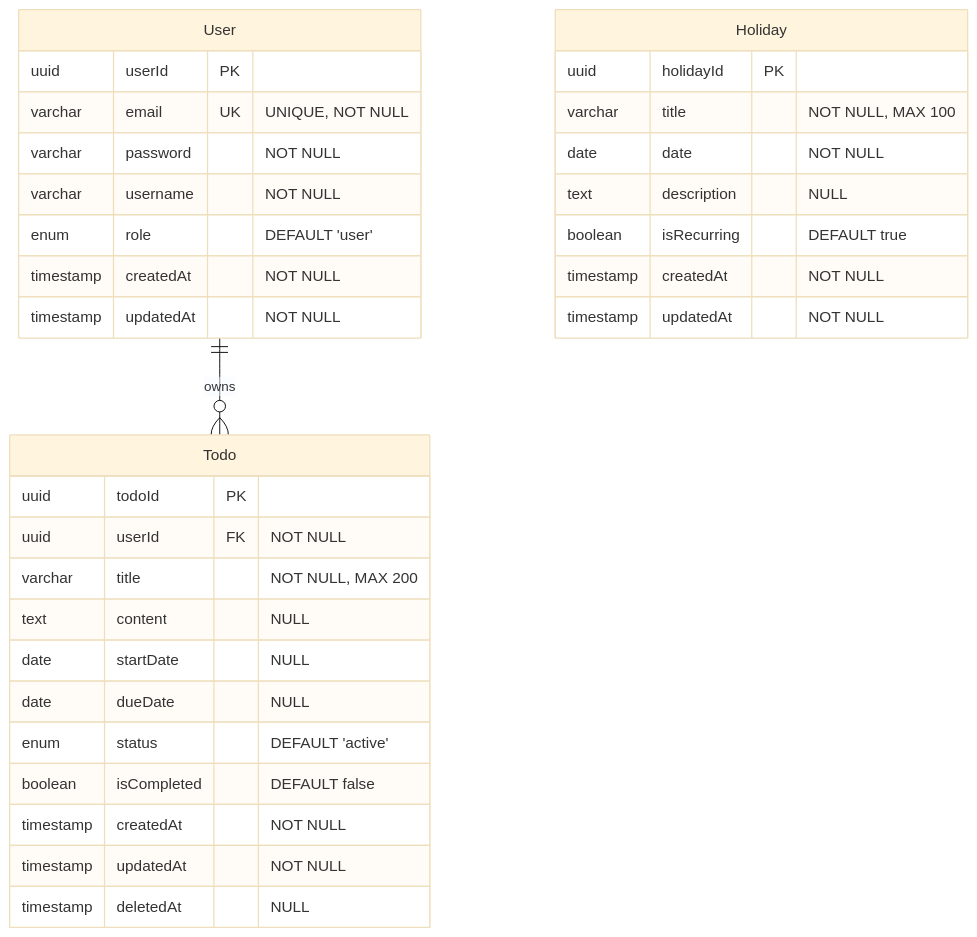
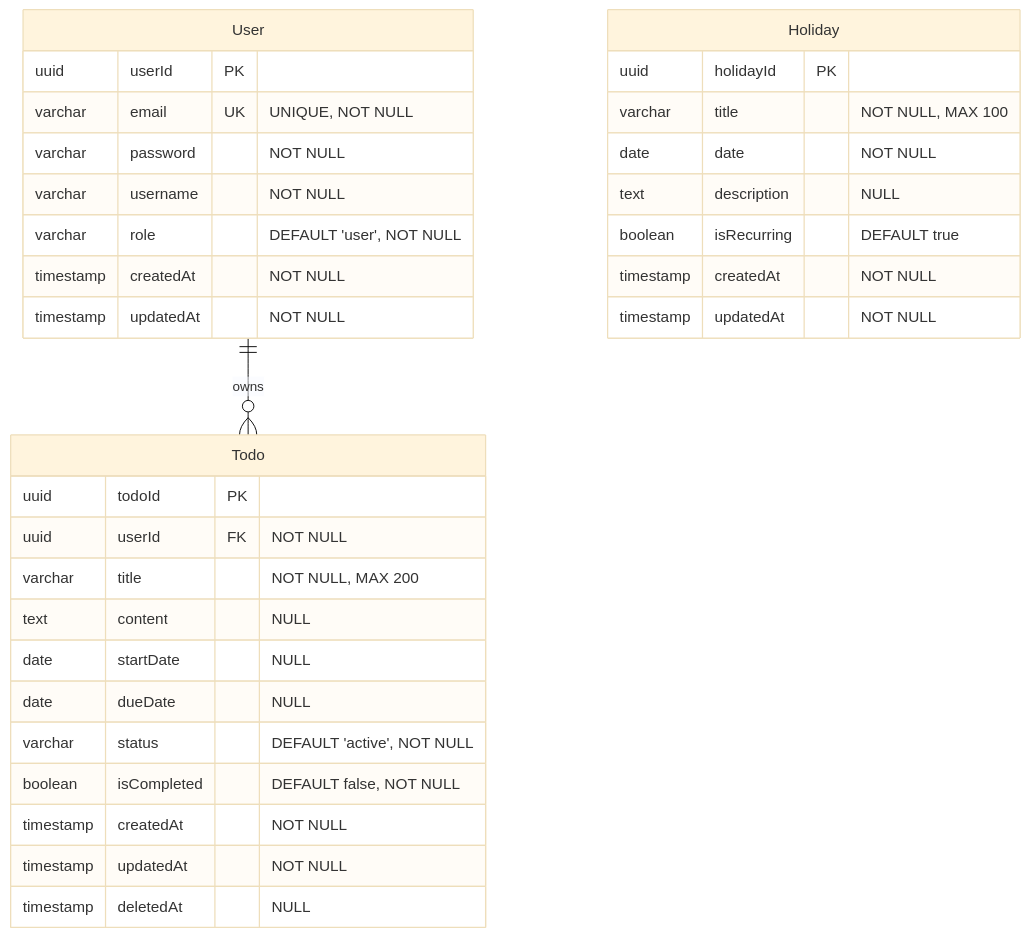
Before and after one commit to 5umi-87/whs-todolist: the diagram in docs/6-erd.md, drawn with Mermaid (base theme). The commit also changed other lines of this file and 3 other files, not shown here.

````diff
--- a/docs/6-erd.md
+++ b/docs/6-erd.md
@@ -22,38 +22,38 @@
 ```mermaid
 erDiagram
     User ||--o{ Todo : "owns"
 
     User {
         uuid userId PK
         varchar email UK "UNIQUE, NOT NULL"
         varchar password "NOT NULL"
         varchar username "NOT NULL"
-        enum role "DEFAULT 'user'"
+        varchar role "DEFAULT 'user', NOT NULL"
         timestamp createdAt "NOT NULL"
         timestamp updatedAt "NOT NULL"
     }
 
     Todo {
         uuid todoId PK
         uuid userId FK "NOT NULL"
         varchar title "NOT NULL, MAX 200"
         text content "NULL"
         date startDate "NULL"
         date dueDate "NULL"
-        enum status "DEFAULT 'active'"
-        boolean isCompleted "DEFAULT false"
+        varchar status "DEFAULT 'active', NOT NULL"
+        boolean isCompleted "DEFAULT false, NOT NULL"
         timestamp createdAt "NOT NULL"
         timestamp updatedAt "NOT NULL"
         timestamp deletedAt "NULL"
     }
 
     Holiday {
         uuid holidayId PK
         varchar title "NOT NULL, MAX 100"
         date date "NOT NULL"
         text description "NULL"
         boolean isRecurring "DEFAULT true"
         timestamp createdAt "NOT NULL"
         timestamp updatedAt "NOT NULL"
     }
 ```
````
